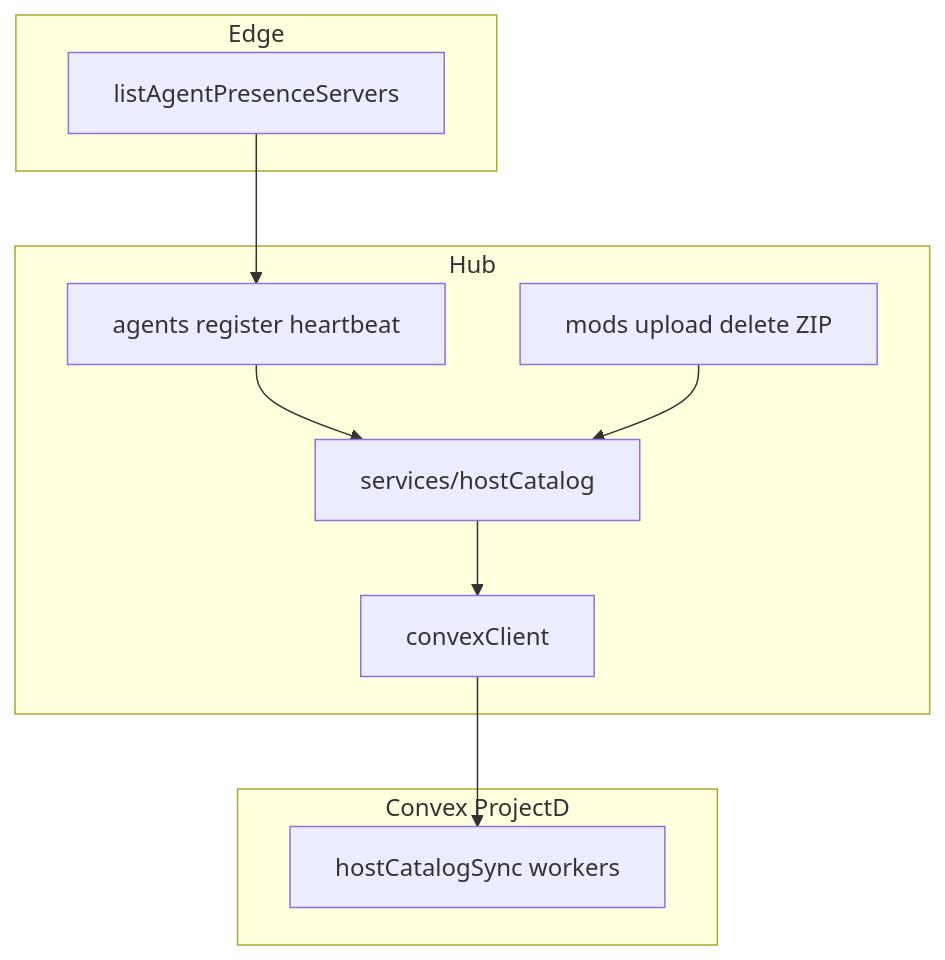
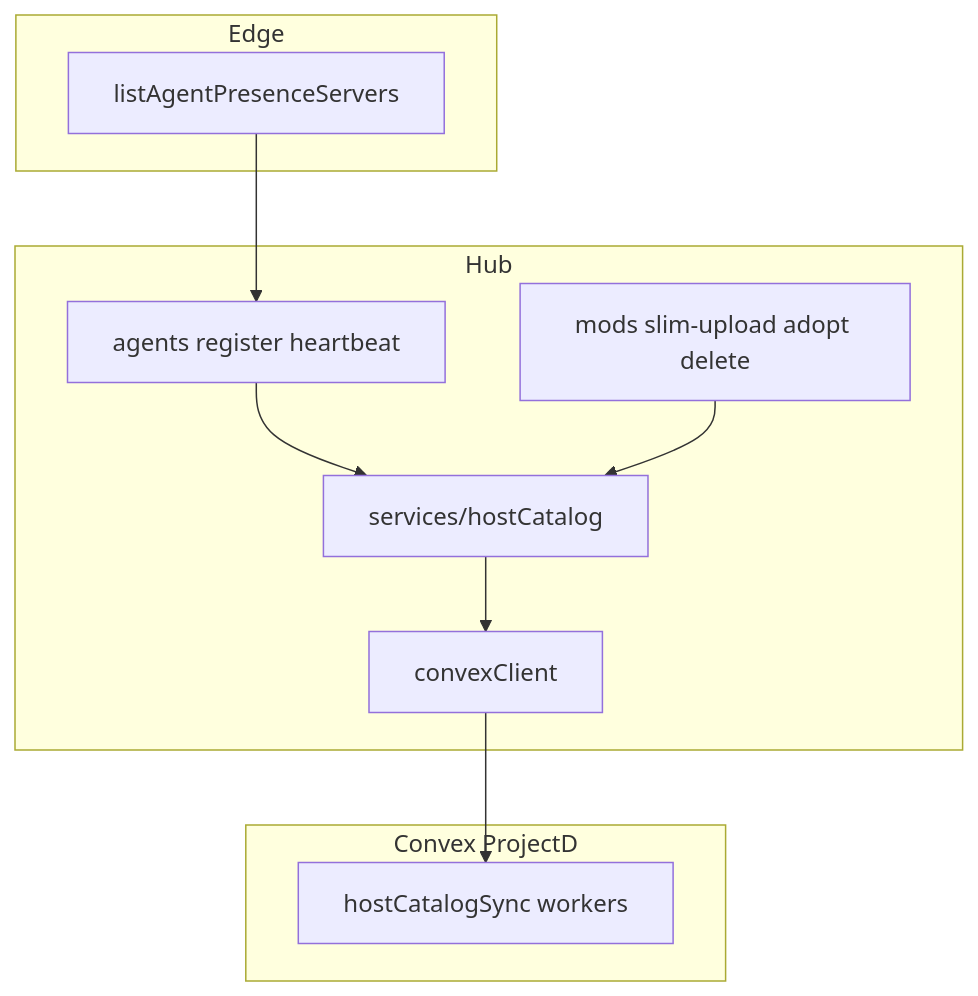
The diagram in docs/HOST_CATALOG_SYNC.md (Porx312/docker-infrasture-assetto-corsa), drawn with Mermaid before and after one commit. The commit also changed other lines of this file and 26 other files, not shown here.

````diff
--- a/docs/HOST_CATALOG_SYNC.md
+++ b/docs/HOST_CATALOG_SYNC.md
@@ -24,19 +24,19 @@
 ```mermaid
 flowchart TB
   subgraph edge [Edge]
     Presence[listAgentPresenceServers]
   end
   subgraph hub [Hub]
-    ModsZip[mods upload delete ZIP]
+    ModsZip[mods slim-upload adopt delete]
     PresenceAPI[agents register heartbeat]
     Catalog[services/hostCatalog]
     ConvexClient[convexClient]
   end
   subgraph cx [Convex ProjectD]
     Workers[hostCatalogSync workers]
   end
   Presence --> PresenceAPI
   PresenceAPI --> Catalog
   ModsZip --> Catalog
   Catalog --> ConvexClient --> Workers
 ```
````
